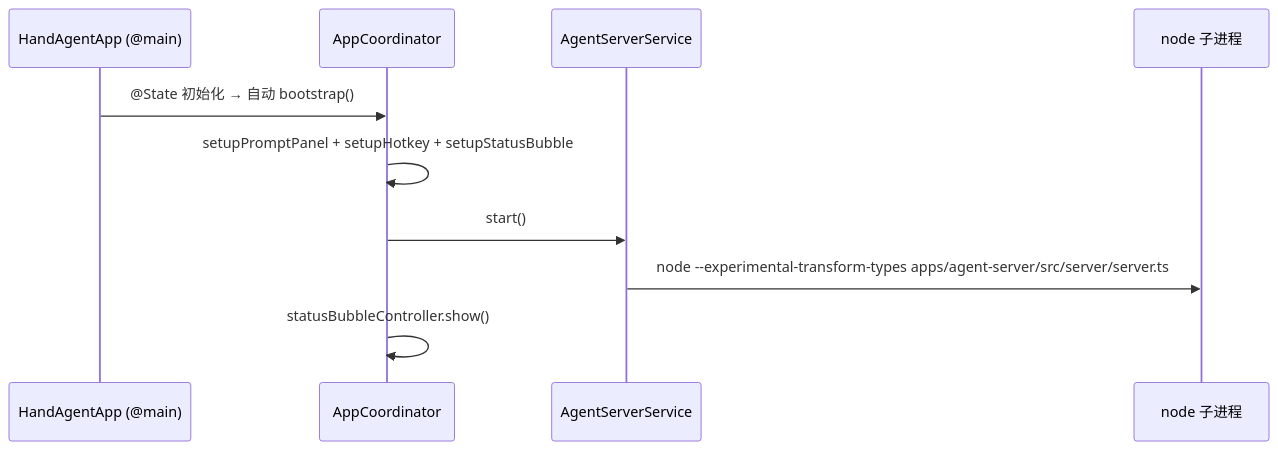
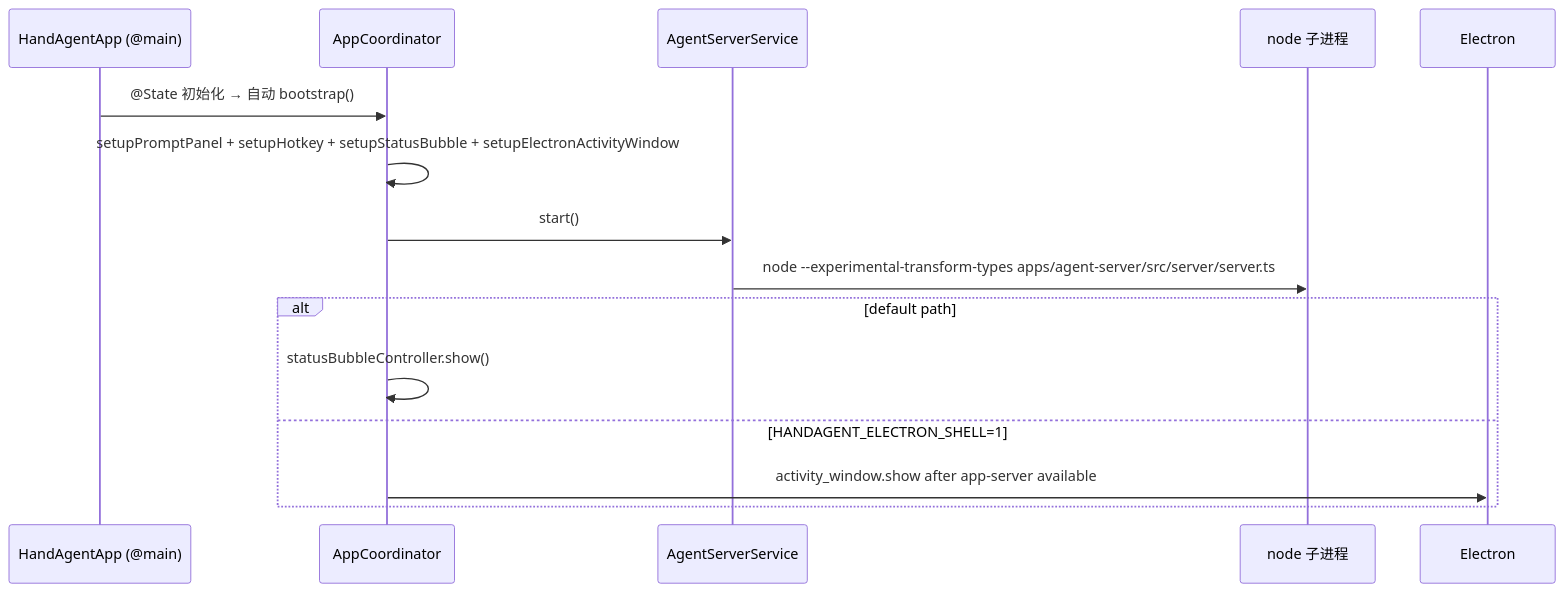
The first of 2 diagrams in apps/desktop/desktop.md (Lixuhang987/SpotAgent), drawn with Mermaid before and after one commit. The commit also changed other lines of this file and 13 other files, not shown here.

Commit message:
docs: update electron activity status bubble phase

````diff
--- a/apps/desktop/desktop.md
+++ b/apps/desktop/desktop.md
@@ -85,13 +85,17 @@
 ```mermaid
 sequenceDiagram
   participant App as HandAgentApp (@main)
   participant Coord as AppCoordinator
   participant Server as AgentServerService
   participant Node as node 子进程
 
   App->>Coord: @State 初始化 → 自动 bootstrap()
-  Coord->>Coord: setupPromptPanel + setupHotkey + setupStatusBubble
+  Coord->>Coord: setupPromptPanel + setupHotkey + setupStatusBubble + setupElectronActivityWindow
   Coord->>Server: start()
   Server->>Node: node --experimental-transform-types apps/agent-server/src/server/server.ts
-  Coord->>Coord: statusBubbleController.show()
+  alt default path
+    Coord->>Coord: statusBubbleController.show()
+  else HANDAGENT_ELECTRON_SHELL=1
+    Coord->>Electron: activity_window.show after app-server available
+  end
 ```
````
